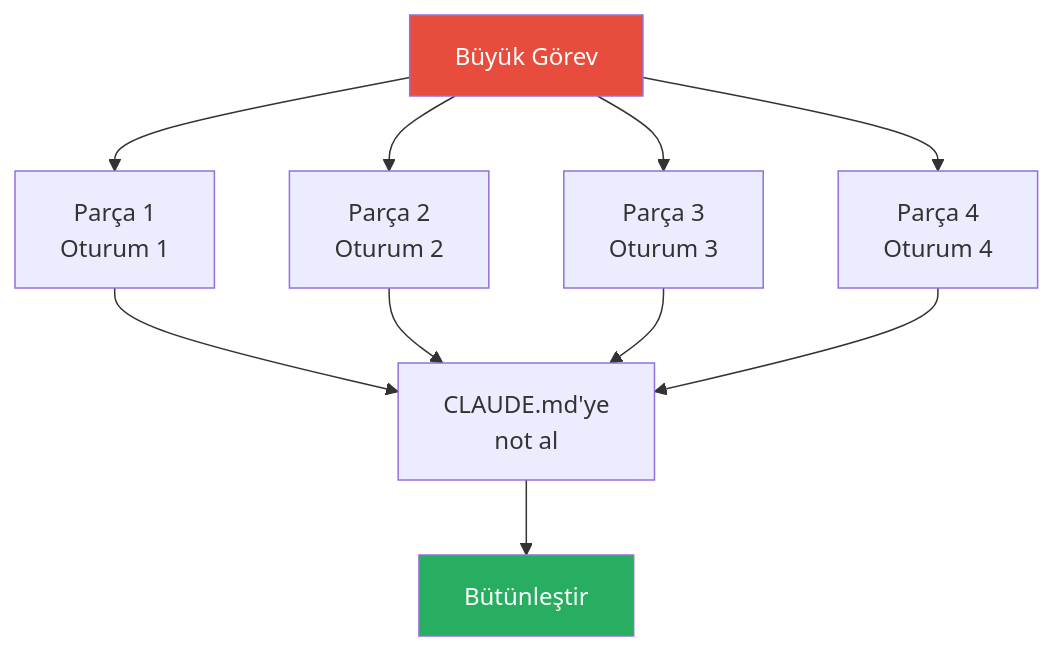
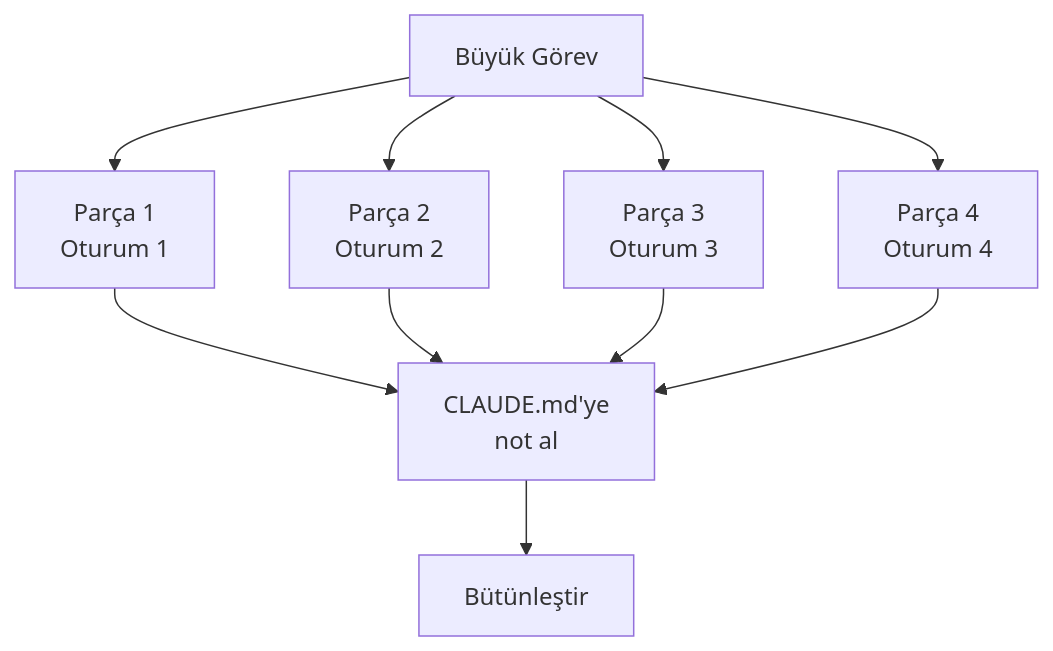
Before and after one commit to IzzetYasinAtes/ClaudeCodeHandbook: the third of 4 diagrams in 21-sorun-giderme/02-context-window-sorunlari.md, drawn with Mermaid. The commit also changed other lines of this file and 97 other files, not shown here.

Commit message:
Remove all custom Mermaid style/fill colors from 98 markdown files for consistent dark theme rendering

````diff
--- a/21-sorun-giderme/02-context-window-sorunlari.md
+++ b/21-sorun-giderme/02-context-window-sorunlari.md
@@ -114,16 +108,14 @@
 ```mermaid
 flowchart TD
     A["Büyük Görev"] --> B["Parça 1<br/>Oturum 1"]
     A --> C["Parça 2<br/>Oturum 2"]
     A --> D["Parça 3<br/>Oturum 3"]
     A --> E["Parça 4<br/>Oturum 4"]
     
     B --> F["CLAUDE.md'ye<br/>not al"]
     C --> F
     D --> F
     E --> F
     F --> G["Bütünleştir"]
 
-    style A fill:#E74C3C,color:#fff
-    style G fill:#27AE60,color:#fff
 ```
````
